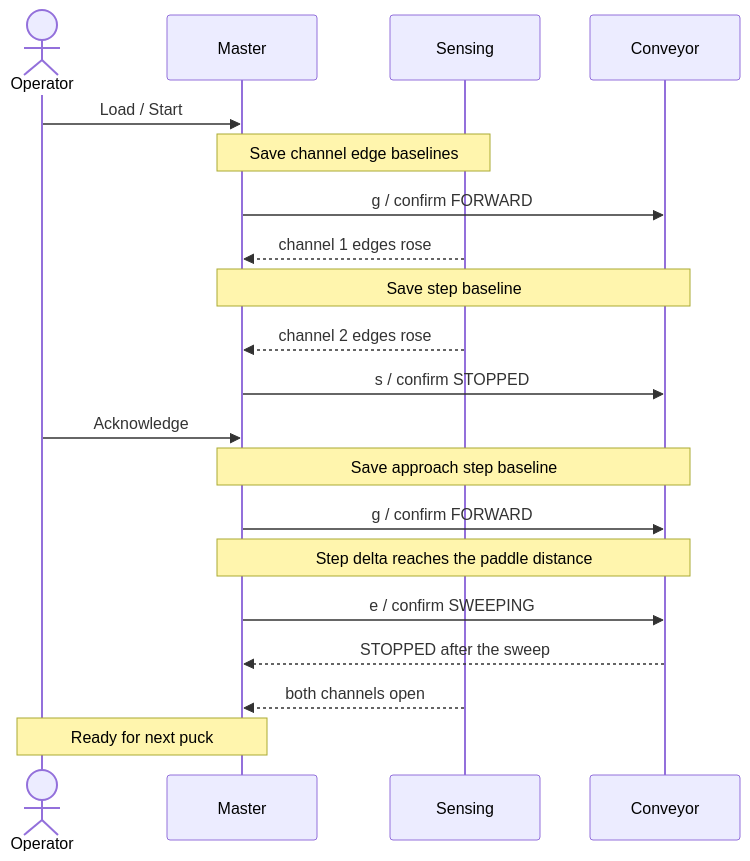
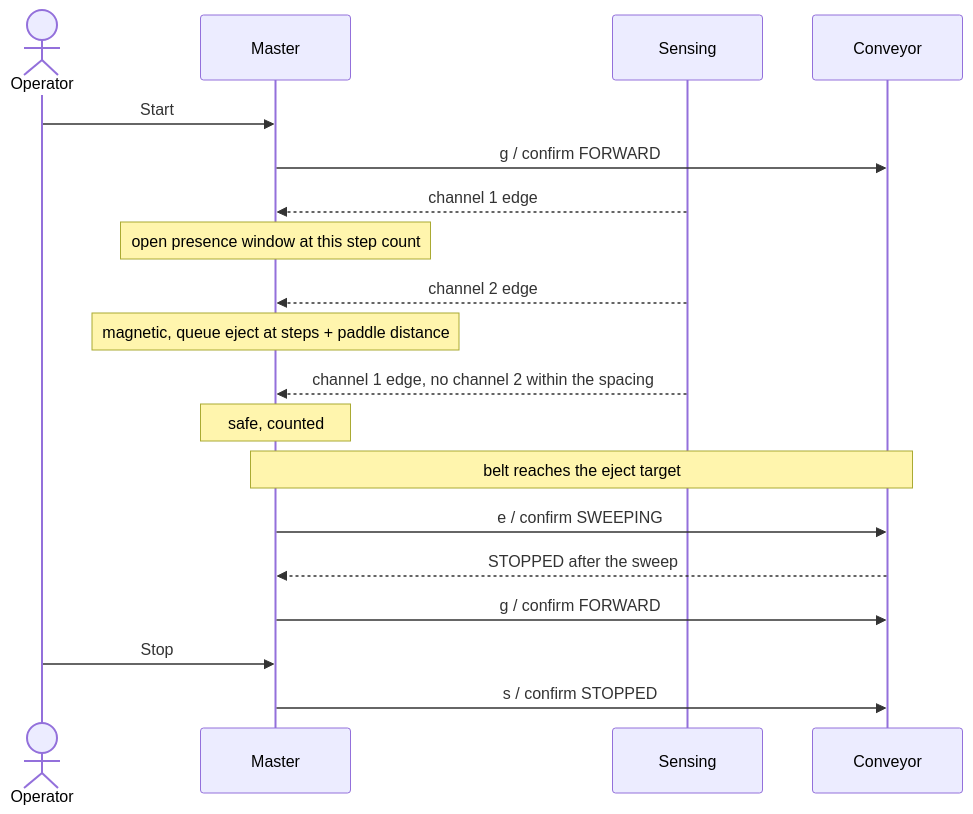
One commit to jay-nicholson/icte4005 changed the diagram in CONTRACT.md. Above: the diagram before and after it, drawn with Mermaid. The commit also changed other lines of this file and 19 other files, not shown here.

````diff
--- a/CONTRACT.md
+++ b/CONTRACT.md
@@ -84,22 +86,21 @@
 ```mermaid
 sequenceDiagram
     actor O as Operator
     participant M as Master
     participant S as Sensing
     participant C as Conveyor
-    O->>M: Load / Start
-    Note over M,S: Save channel edge baselines
+    O->>M: Start
     M->>C: g / confirm FORWARD
-    S-->>M: channel 1 edges rose
-    Note over M,C: Save step baseline
-    S-->>M: channel 2 edges rose
-    M->>C: s / confirm STOPPED
-    O->>M: Acknowledge
-    Note over M,C: Save approach step baseline
-    M->>C: g / confirm FORWARD
-    Note over M,C: Step delta reaches the paddle distance
+    S-->>M: channel 1 edge
+    Note over M: open presence window at this step count
+    S-->>M: channel 2 edge
+    Note over M: magnetic, queue eject at steps + paddle distance
+    S-->>M: channel 1 edge, no channel 2 within the spacing
+    Note over M: safe, counted
+    Note over M,C: belt reaches the eject target
     M->>C: e / confirm SWEEPING
     C-->>M: STOPPED after the sweep
-    S-->>M: both channels open
-    Note over O,M: Ready for next puck
+    M->>C: g / confirm FORWARD
+    O->>M: Stop
+    M->>C: s / confirm STOPPED
 ```
````
